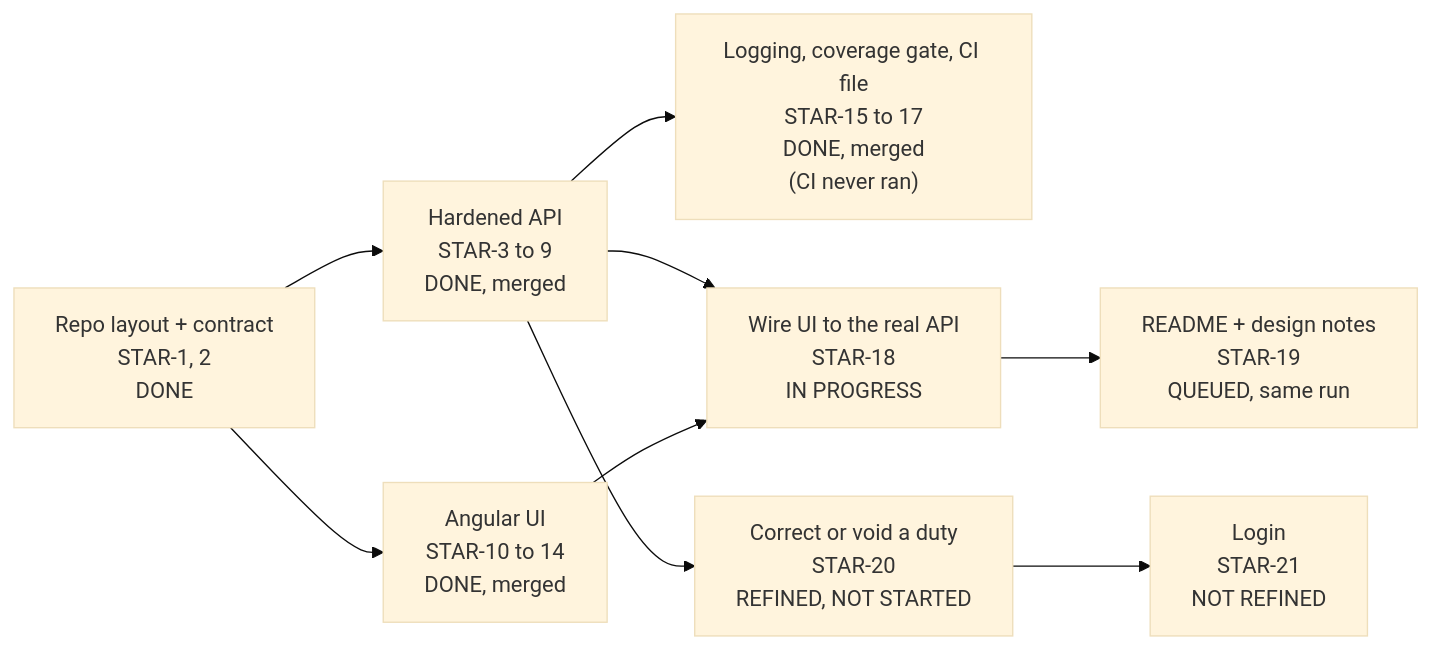
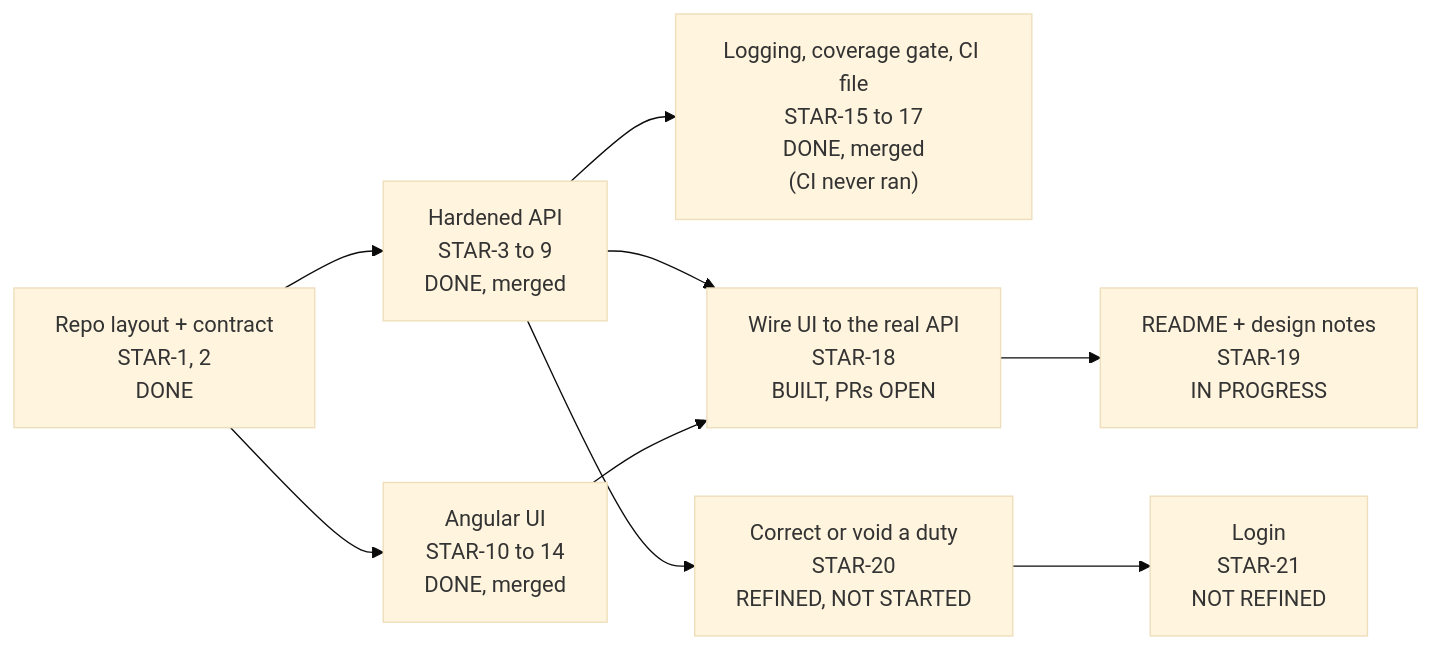
Before and after one commit to dmbierman1210/BamTechExercise: the second of 2 diagrams in docs/talking-points.md, drawn with Mermaid (base theme). The commit also changed other lines of this file, not shown here.

Commit message:
Talking points: STAR-18 built and in review, STAR-19 in progress

````diff
--- a/docs/talking-points.md
+++ b/docs/talking-points.md
@@ -212,11 +212,11 @@
 ```mermaid
 flowchart LR
     A["Repo layout + contract<br/>STAR-1, 2<br/>DONE"] --> B["Hardened API<br/>STAR-3 to 9<br/>DONE, merged"]
     A --> C["Angular UI<br/>STAR-10 to 14<br/>DONE, merged"]
     B --> D["Logging, coverage gate, CI file<br/>STAR-15 to 17<br/>DONE, merged<br/>(CI never ran)"]
-    B --> E["Wire UI to the real API<br/>STAR-18<br/>IN PROGRESS"]
+    B --> E["Wire UI to the real API<br/>STAR-18<br/>BUILT, PRs OPEN"]
     C --> E
-    E --> F["README + design notes<br/>STAR-19<br/>QUEUED, same run"]
+    E --> F["README + design notes<br/>STAR-19<br/>IN PROGRESS"]
     B --> G["Correct or void a duty<br/>STAR-20<br/>REFINED, NOT STARTED"]
     G --> H["Login<br/>STAR-21<br/>NOT REFINED"]
 ```
````
